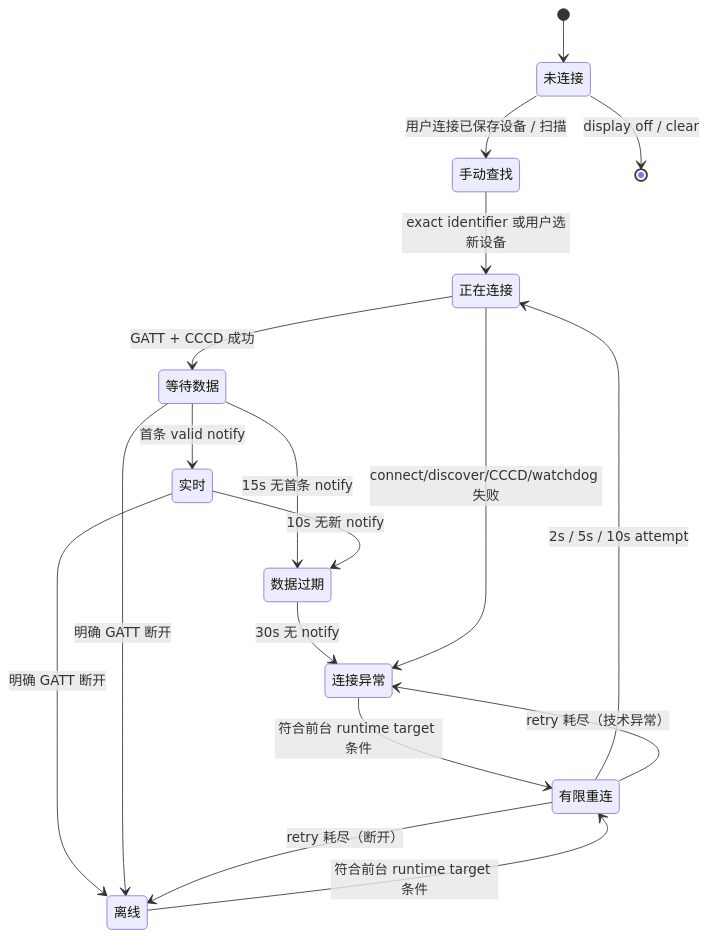
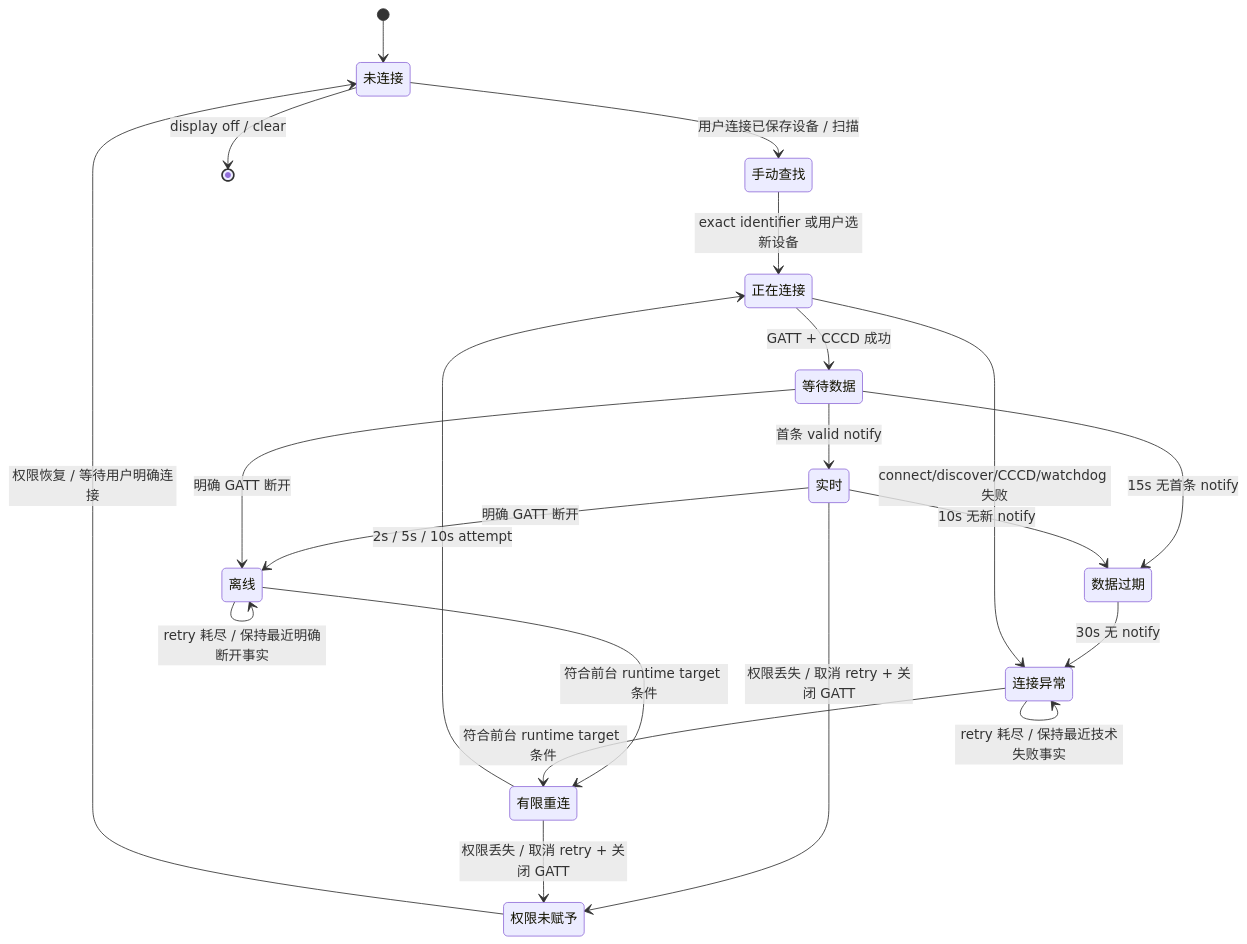
Before and after one commit to liujyks-creator/jianshen: the diagram in docs/testing/e16-10-heart-rate-freshness-reconnect-policy.md, drawn with Mermaid. The commit also changed other lines of this file and 5 other files, not shown here.

````diff
--- a/docs/testing/e16-10-heart-rate-freshness-reconnect-policy.md
+++ b/docs/testing/e16-10-heart-rate-freshness-reconnect-policy.md
@@ -94,20 +95,23 @@
 ```mermaid
 stateDiagram-v2
     [*] --> 未连接
     未连接 --> 手动查找 : 用户连接已保存设备 / 扫描
     手动查找 --> 正在连接 : exact identifier 或用户选新设备
     正在连接 --> 等待数据 : GATT + CCCD 成功
     等待数据 --> 实时 : 首条 valid notify
     等待数据 --> 数据过期 : 15s 无首条 notify
     实时 --> 数据过期 : 10s 无新 notify
     数据过期 --> 连接异常 : 30s 无 notify
     实时 --> 离线 : 明确 GATT 断开
     等待数据 --> 离线 : 明确 GATT 断开
     正在连接 --> 连接异常 : connect/discover/CCCD/watchdog 失败
     离线 --> 有限重连 : 符合前台 runtime target 条件
     连接异常 --> 有限重连 : 符合前台 runtime target 条件
     有限重连 --> 正在连接 : 2s / 5s / 10s attempt
-    有限重连 --> 离线 : retry 耗尽（断开）
-    有限重连 --> 连接异常 : retry 耗尽（技术异常）
+    离线 --> 离线 : retry 耗尽 / 保持最近明确断开事实
+    连接异常 --> 连接异常 : retry 耗尽 / 保持最近技术失败事实
+    实时 --> 权限未赋予 : 权限丢失 / 取消 retry + 关闭 GATT
+    有限重连 --> 权限未赋予 : 权限丢失 / 取消 retry + 关闭 GATT
+    权限未赋予 --> 未连接 : 权限恢复 / 等待用户明确连接
     未连接 --> [*] : display off / clear
 ```
````
